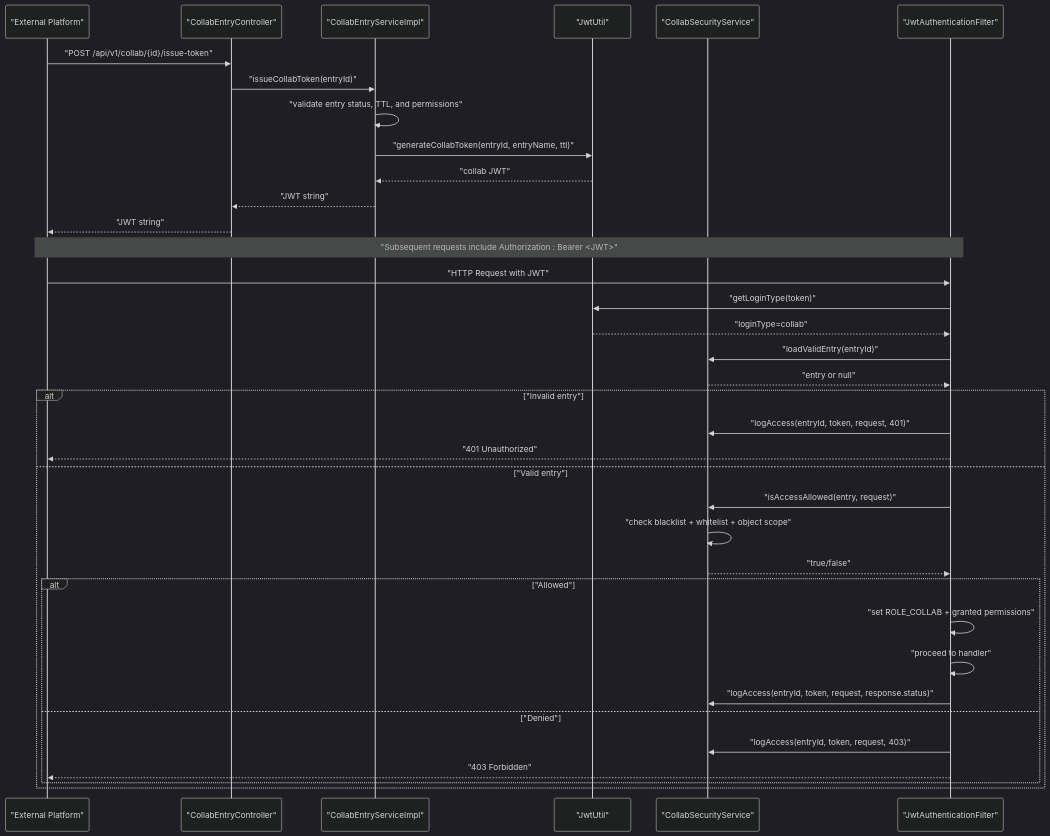
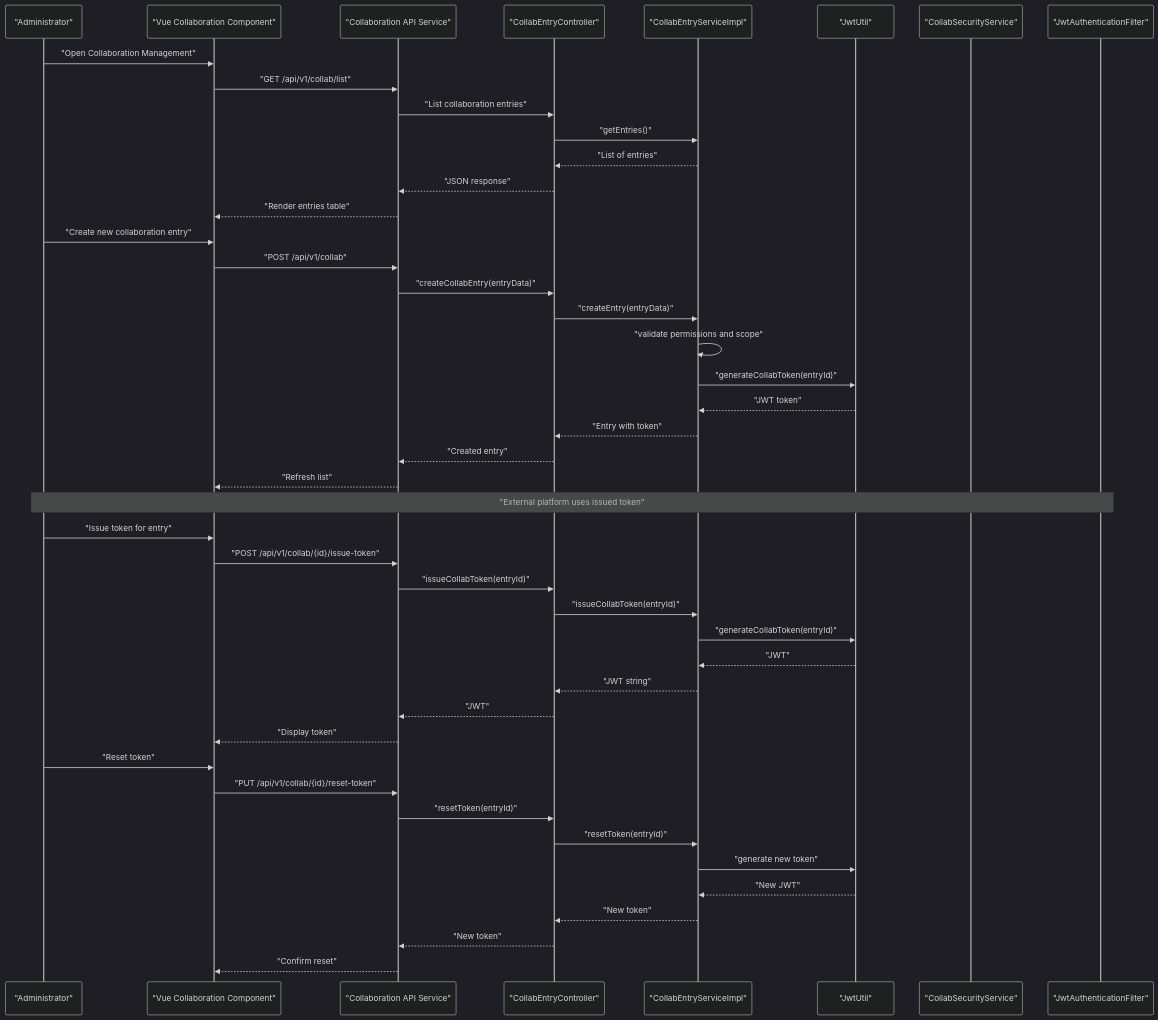
One commit to bo961386926/Survey-App changed the second of 6 diagrams in .qoder/repowiki/en/content/Authentication & Authorization/Collaboration Tokens.md. Above: the diagram before and after it, drawn with Mermaid (dark theme). The commit also changed other lines of this file and 19 other files, not shown here.

````diff
--- a/.qoder/repowiki/en/content/Authentication & Authorization/Collaboration Tokens.md
+++ b/.qoder/repowiki/en/content/Authentication & Authorization/Collaboration Tokens.md
@@ -133,38 +148,47 @@
 ```mermaid
 sequenceDiagram
-participant Ext as "External Platform"
-participant API as "CollabEntryController"
+participant Admin as "Administrator"
+participant UI as "Vue Collaboration Component"
+participant API as "Collaboration API Service"
+participant Ctl as "CollabEntryController"
 participant Svc as "CollabEntryServiceImpl"
 participant Util as "JwtUtil"
 participant Sec as "CollabSecurityService"
 participant Filt as "JwtAuthenticationFilter"
-Ext->>API : "POST /api/v1/collab/{id}/issue-token"
-API->>Svc : "issueCollabToken(entryId)"
-Svc->>Svc : "validate entry status, TTL, and permissions"
-Svc->>Util : "generateCollabToken(entryId, entryName, ttl)"
-Util-->>Svc : "collab JWT"
-Svc-->>API : "JWT string"
-API-->>Ext : "JWT string"
-note over Ext,Filt : "Subsequent requests include Authorization : Bearer <JWT>"
-Ext->>Filt : "HTTP Request with JWT"
-Filt->>Util : "getLoginType(token)"
-Util-->>Filt : "loginType=collab"
-Filt->>Sec : "loadValidEntry(entryId)"
-Sec-->>Filt : "entry or null"
-alt "Invalid entry"
-Filt->>Sec : "logAccess(entryId, token, request, 401)"
-Filt-->>Ext : "401 Unauthorized"
-else "Valid entry"
-Filt->>Sec : "isAccessAllowed(entry, request)"
-Sec->>Sec : "check blacklist + whitelist + object scope"
-Sec-->>Filt : "true/false"
-alt "Allowed"
-Filt->>Filt : "set ROLE_COLLAB + granted permissions"
-Filt->>Filt : "proceed to handler"
-Filt->>Sec : "logAccess(entryId, token, request, response.status)"
-else "Denied"
-Filt->>Sec : "logAccess(entryId, token, request, 403)"
-Filt-->>Ext : "403 Forbidden"
-end
-end
+Admin->>UI : "Open Collaboration Management"
+UI->>API : "GET /api/v1/collab/list"
+API->>Ctl : "List collaboration entries"
+Ctl->>Svc : "getEntries()"
+Svc-->>Ctl : "List of entries"
+Ctl-->>API : "JSON response"
+API-->>UI : "Render entries table"
+Admin->>UI : "Create new collaboration entry"
+UI->>API : "POST /api/v1/collab"
+API->>Ctl : "createCollabEntry(entryData)"
+Ctl->>Svc : "createEntry(entryData)"
+Svc->>Svc : "validate permissions and scope"
+Svc->>Util : "generateCollabToken(entryId)"
+Util-->>Svc : "JWT token"
+Svc-->>Ctl : "Entry with token"
+Ctl-->>API : "Created entry"
+API-->>UI : "Refresh list"
+note over Admin,Filt : "External platform uses issued token"
+Admin->>UI : "Issue token for entry"
+UI->>API : "POST /api/v1/collab/{id}/issue-token"
+API->>Ctl : "issueCollabToken(entryId)"
+Ctl->>Svc : "issueCollabToken(entryId)"
+Svc->>Util : "generateCollabToken(entryId)"
+Util-->>Svc : "JWT"
+Svc-->>Ctl : "JWT string"
+Ctl-->>API : "JWT"
+API-->>UI : "Display token"
+Admin->>UI : "Reset token"
+UI->>API : "PUT /api/v1/collab/{id}/reset-token"
+API->>Ctl : "resetToken(entryId)"
+Ctl->>Svc : "resetToken(entryId)"
+Svc->>Util : "generate new token"
+Util-->>Svc : "New JWT"
+Svc-->>Ctl : "New token"
+Ctl-->>API : "New token"
+API-->>UI : "Confirm reset"
 ```
````
